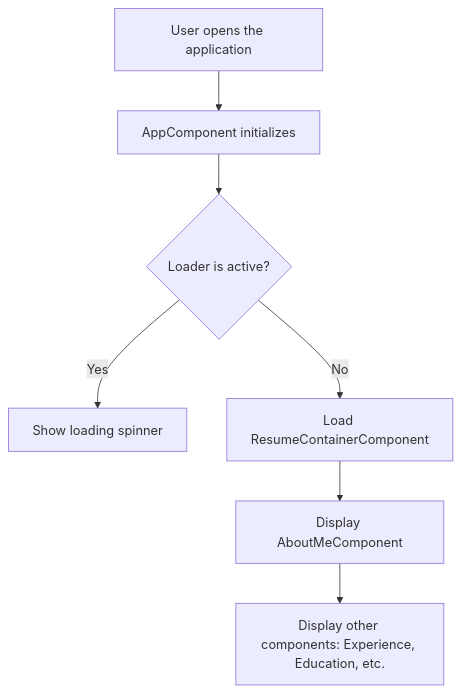
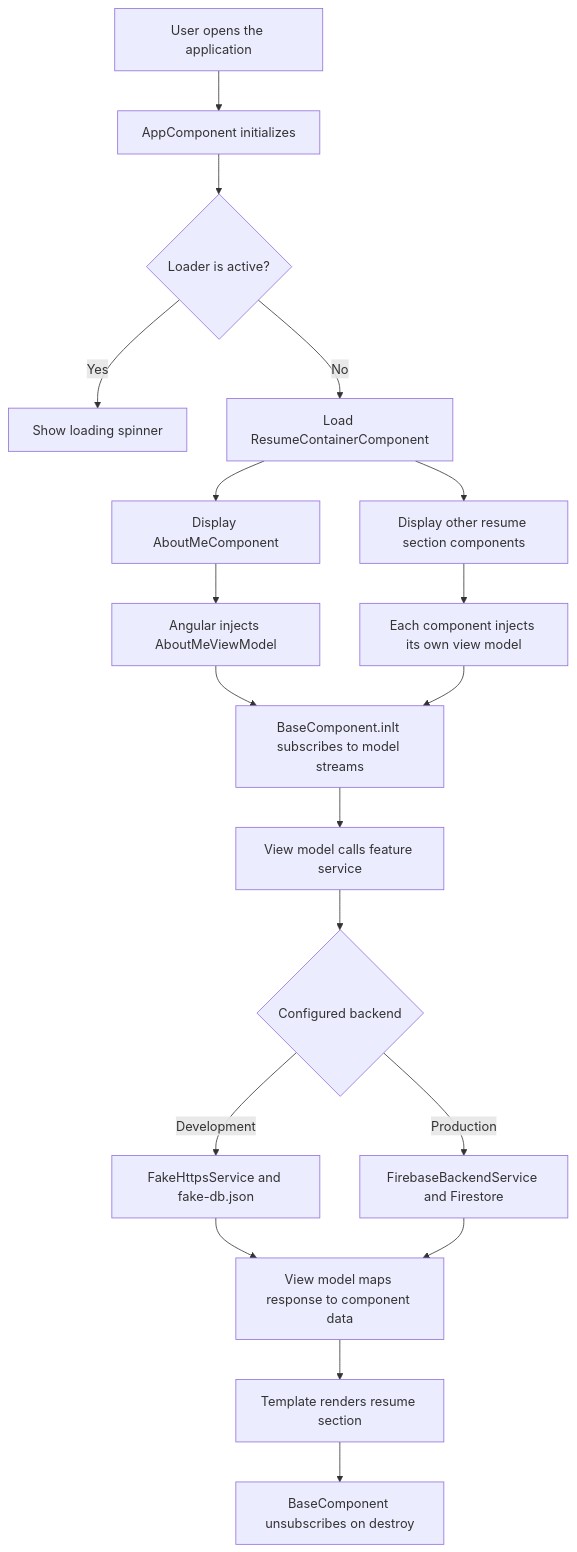
One commit to RaviAkhouri30/Resume3.0 changed the second of 3 diagrams in README.md. Above: the diagram before and after it, drawn with Mermaid. The commit also changed other lines of this file and 40 other files, not shown here.

````diff
--- a/README.md
+++ b/README.md
@@ -294,9 +340,21 @@
 ```mermaid
 flowchart TD
     A[User opens the application] --> B[AppComponent initializes]
     B --> C{Loader is active?}
     C -- Yes --> D[Show loading spinner]
     C -- No --> E[Load ResumeContainerComponent]
     E --> F[Display AboutMeComponent]
-    F --> G[Display other components: Experience, Education, etc.]
+    E --> G[Display other resume section components]
+    F --> H[Angular injects AboutMeViewModel]
+    G --> I[Each component injects its own view model]
+    H --> J[BaseComponent.inIt subscribes to model streams]
+    I --> J
+    J --> K[View model calls feature service]
+    K --> L{Configured backend}
+    L -- Development --> M[FakeHttpsService and fake-db.json]
+    L -- Production --> N[FirebaseBackendService and Firestore]
+    M --> O[View model maps response to component data]
+    N --> O
+    O --> P[Template renders resume section]
+    P --> Q[BaseComponent unsubscribes on destroy]
 ```
````
